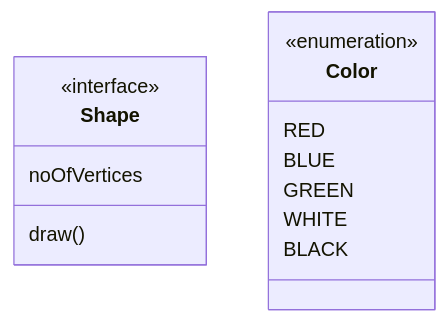
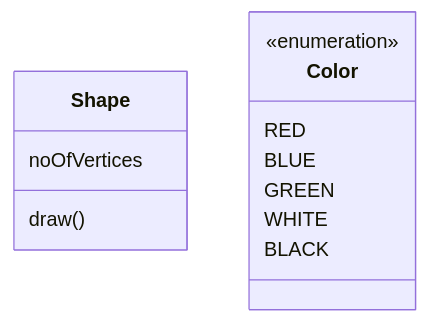
One commit to anchung/ob-technical changed the diagram in src/site/notes/Books/2024/Java In a Nutshell/Chapter 8 - Working with Java Collections 1.md. Above: the diagram before and after it, drawn with Mermaid.

Commit message:
Published multiple files

````diff
--- a/src/site/notes/Books/2024/Java In a Nutshell/Chapter 8 - Working with Java Collections 1.md
+++ b/src/site/notes/Books/2024/Java In a Nutshell/Chapter 8 - Working with Java Collections 1.md
@@ -9,16 +9,15 @@
 ```mermaid
 classDiagram
 class Shape{
-    <<interface>>
     noOfVertices
     draw()
 }
 class Color{
     <<enumeration>>
     RED
     BLUE
     GREEN
     WHITE
     BLACK
 }
 ```
````
